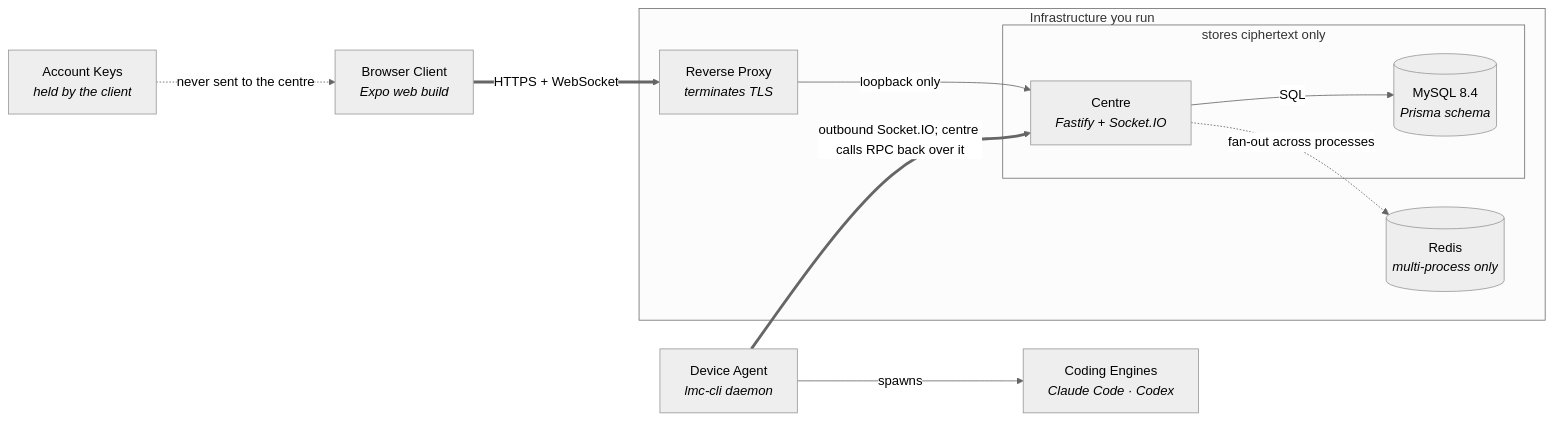
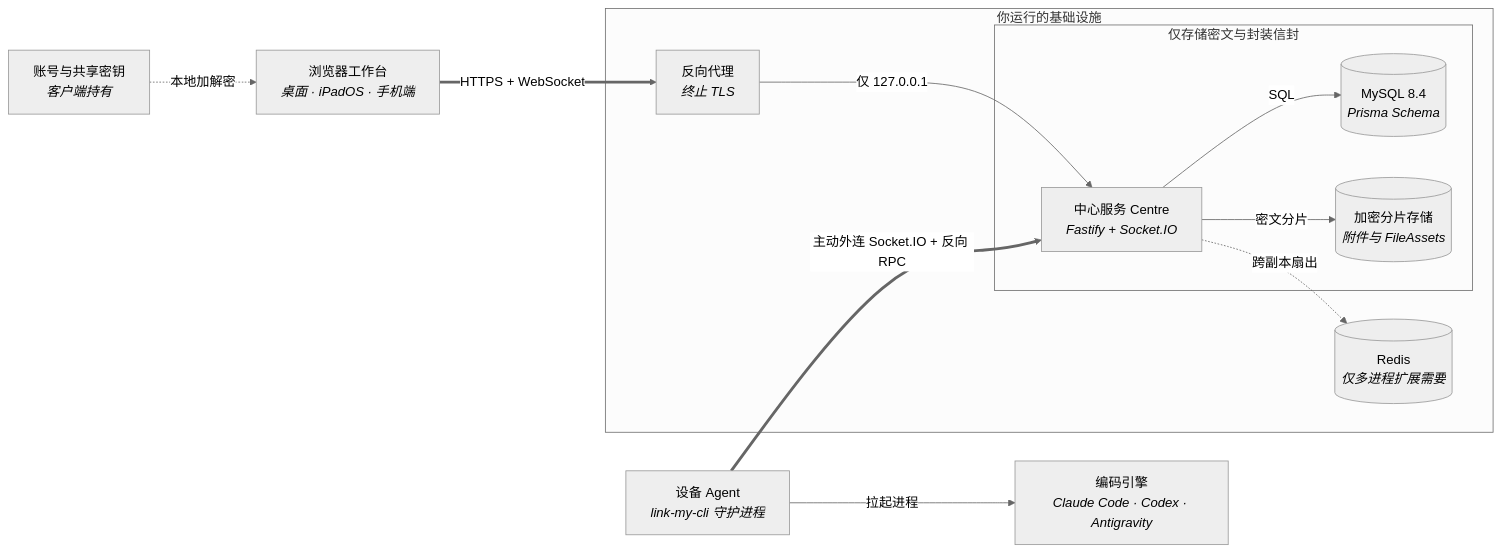
One commit to MoeAisaka/lmc-workspace changed the first of 3 diagrams in README.zh-CN.md. Above: the diagram before and after it, drawn with Mermaid (neutral theme). The commit also changed other lines of this file and 4 other files, not shown here.

Commit message:
docs: rewrite README and Chinese README for current multi-engine & multi-account workspace

````diff
--- a/README.zh-CN.md
+++ b/README.zh-CN.md
@@ -39,25 +35,27 @@
 ```mermaid
 flowchart LR
-    keys["Account Keys<br/><i>held by the client</i>"]
-    browser["Browser Client<br/><i>Expo web build</i>"]
+    keys["账号与共享密钥<br/><i>客户端持有</i>"]
+    browser["浏览器工作台<br/><i>桌面 · iPadOS · 手机端</i>"]
 
-    subgraph infra["Infrastructure you run"]
-        proxy["Reverse Proxy<br/><i>terminates TLS</i>"]
-        subgraph cipher["stores ciphertext only"]
-            centre["Centre<br/><i>Fastify + Socket.IO</i>"]
-            mysql[("MySQL 8.4<br/><i>Prisma schema</i>")]
+    subgraph infra["你运行的基础设施"]
+        proxy["反向代理<br/><i>终止 TLS</i>"]
+        subgraph cipher["仅存储密文与封装信封"]
+            centre["中心服务 Centre<br/><i>Fastify + Socket.IO</i>"]
+            mysql[("MySQL 8.4<br/><i>Prisma Schema</i>")]
+            blobs[("加密分片存储<br/><i>附件与 FileAssets</i>")]
         end
-        redis[("Redis<br/><i>multi-process only</i>")]
+        redis[("Redis<br/><i>仅多进程扩展需要</i>")]
     end
 
-    agent["Device Agent<br/><i>lmc-cli daemon</i>"]
-    engines["Coding Engines<br/><i>Claude Code &middot; Codex</i>"]
+    agent["设备 Agent<br/><i>link-my-cli 守护进程</i>"]
+    engines["编码引擎<br/><i>Claude Code · Codex · Antigravity</i>"]
 
-    keys -. "never sent to the centre" .-> browser
+    keys -. "本地加解密" .-> browser
     browser == "HTTPS + WebSocket" ==> proxy
-    proxy -- "loopback only" --> centre
+    proxy -- "仅 127.0.0.1" --> centre
     centre -- SQL --> mysql
-    centre -. "fan-out across processes" .-> redis
-    agent == "outbound Socket.IO; centre calls RPC back over it" ==> centre
-    agent -- spawns --> engines
+    centre -- "密文分片" --> blobs
+    centre -. "跨副本扇出" .-> redis
+    agent == "主动外连 Socket.IO + 反向 RPC" ==> centre
+    agent -- 拉起进程 --> engines
 ```
````
